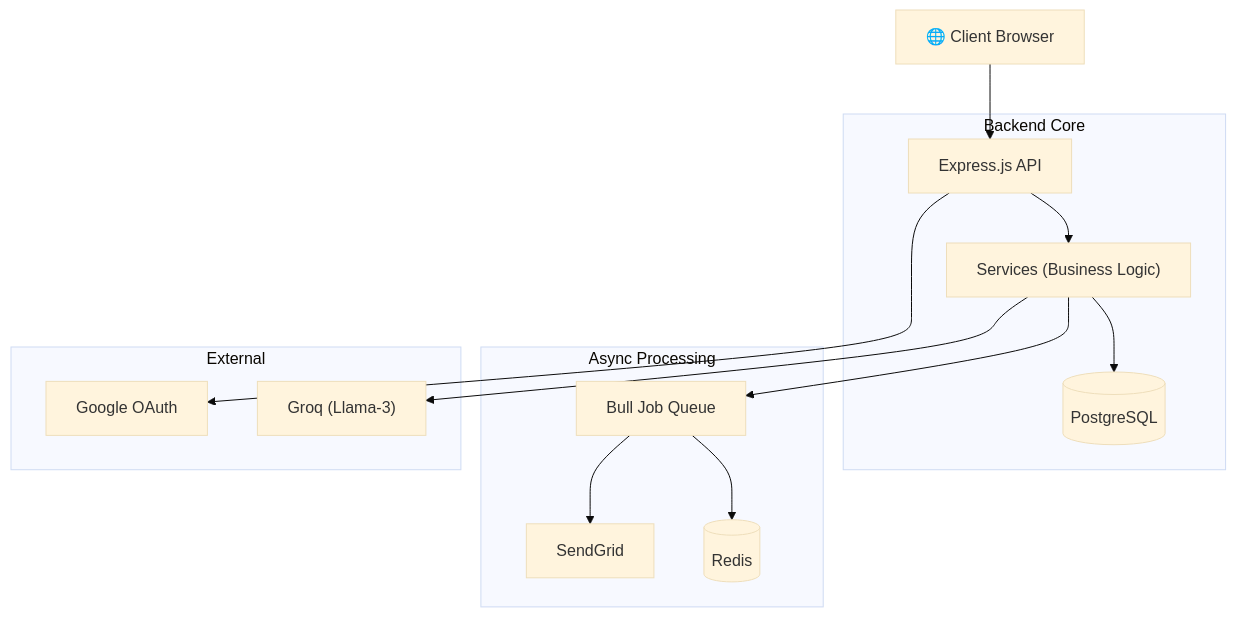
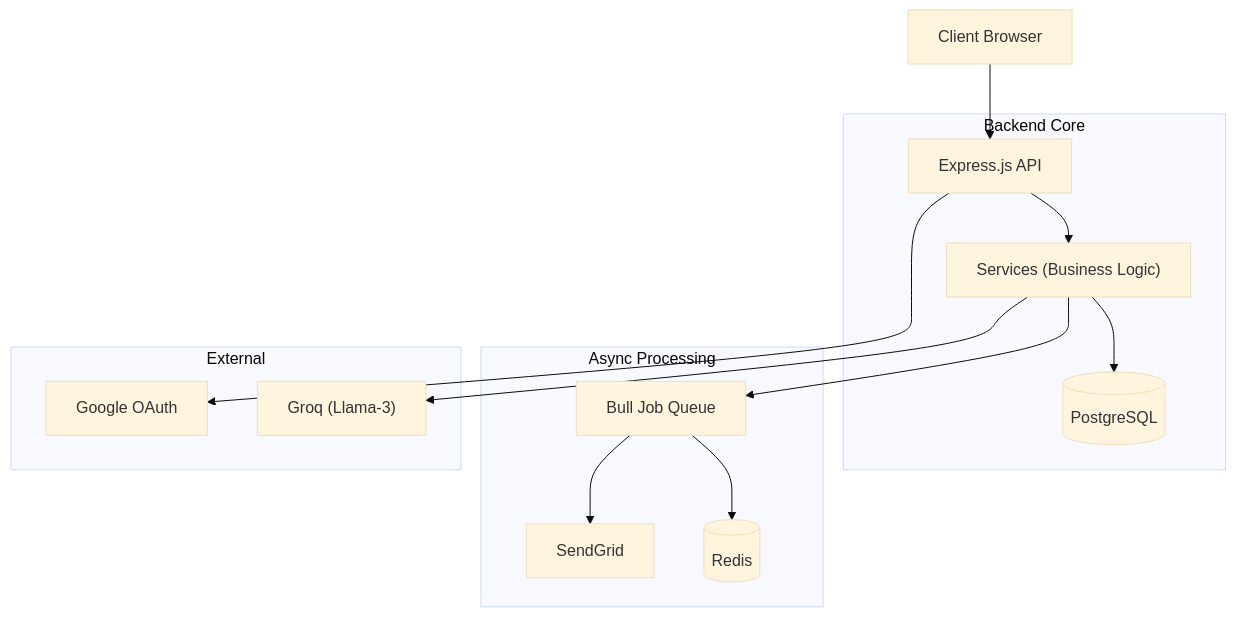
The first of 6 diagrams in README.md (ANANYA542/Nexora), drawn with Mermaid (base theme) before and after one commit. The commit also changed other lines of this file and 18 other files, not shown here.

````diff
--- a/README.md
+++ b/README.md
@@ -28,20 +28,20 @@
 ```mermaid
 graph TD
-    Client["🌐 Client Browser"] --> API["Express.js API"]
+    Client[" Client Browser"] --> API["Express.js API"]
     
     subgraph Backend Core
         API --> Services["Services (Business Logic)"]
         Services --> DB[("PostgreSQL")]
     end
     
     subgraph Async Processing
         Services --> Queue["Bull Job Queue"]
         Queue --> Redis[("Redis")]
         Queue --> Email["SendGrid"]
     end
     
     subgraph External
         Services --> AI["Groq (Llama-3)"]
         API --> Auth["Google OAuth"]
     end
 ```
````
